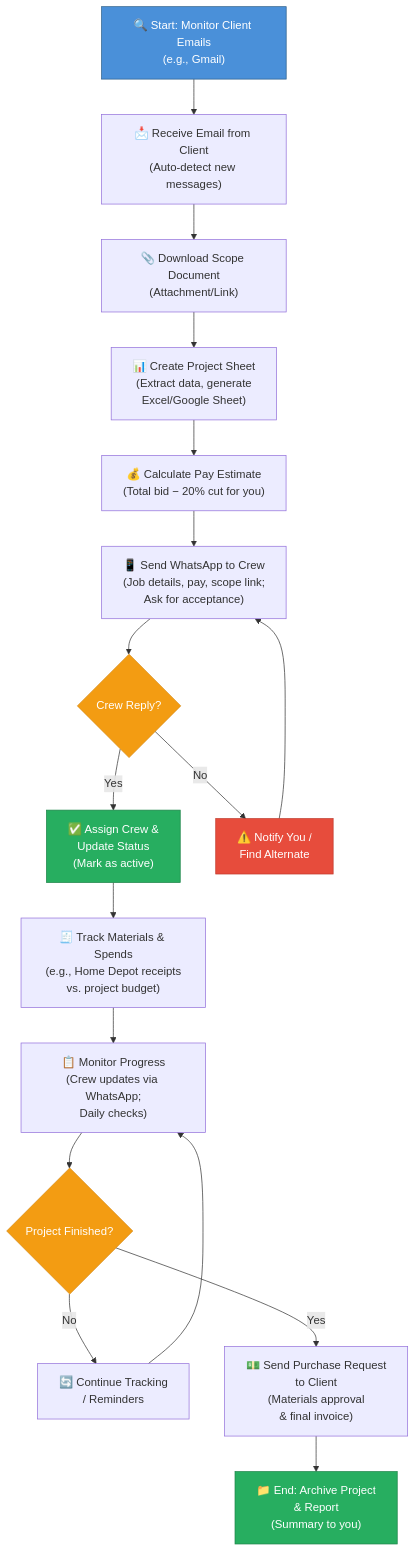
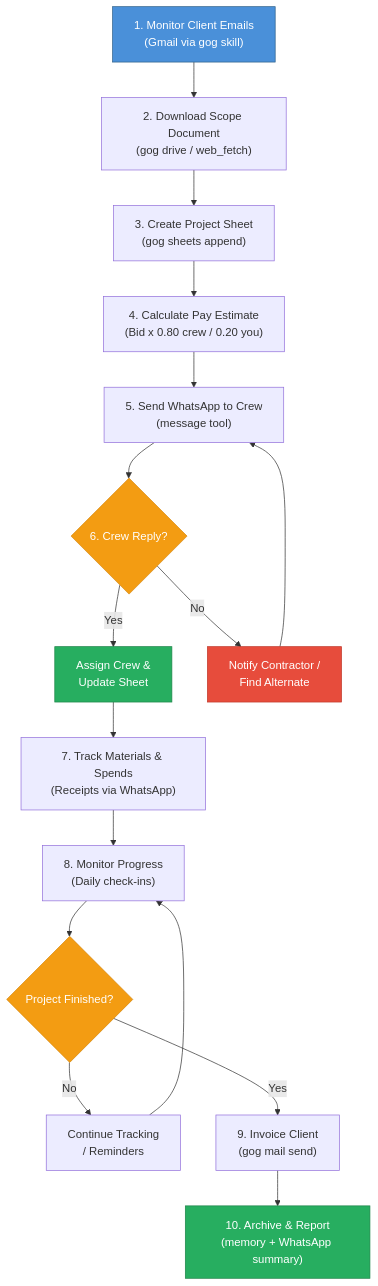
Before and after one commit to ryaneggz/contractor-workflow: the diagram in AGENTS.md, drawn with Mermaid. The commit also changed other lines of this file and 14 other files, not shown here.

````diff
--- a/AGENTS.md
+++ b/AGENTS.md
@@ -5,30 +12,29 @@
 ```mermaid
 flowchart TD
-    A["🔍 Start: Monitor Client Emails<br>(e.g., Gmail)"] --> B["📩 Receive Email from Client<br>(Auto-detect new messages)"]
-    B --> C["📎 Download Scope Document<br>(Attachment/Link)"]
-    C --> D["📊 Create Project Sheet<br>(Extract data, generate<br>Excel/Google Sheet)"]
-    D --> E["💰 Calculate Pay Estimate<br>(Total bid − 20% cut for you)"]
-    E --> F["📱 Send WhatsApp to Crew<br>(Job details, pay, scope link;<br>Ask for acceptance)"]
-    F --> G{"Crew Reply?"}
+    A["1. Monitor Client Emails<br>(Gmail via gog skill)"] --> B["2. Download Scope Document<br>(gog drive / web_fetch)"]
+    B --> C["3. Create Project Sheet<br>(gog sheets append)"]
+    C --> D["4. Calculate Pay Estimate<br>(Bid x 0.80 crew / 0.20 you)"]
+    D --> E["5. Send WhatsApp to Crew<br>(message tool)"]
+    E --> F{"6. Crew Reply?"}
 
-    G -- Yes --> H["✅ Assign Crew &<br>Update Status<br>(Mark as active)"]
-    G -- No --> I["⚠️ Notify You /<br>Find Alternate"]
-    I --> F
+    F -- Yes --> G["Assign Crew &<br>Update Sheet"]
+    F -- No --> H["Notify Contractor /<br>Find Alternate"]
+    H --> E
 
-    H --> J["🧾 Track Materials & Spends<br>(e.g., Home Depot receipts<br>vs. project budget)"]
-    J --> K["📋 Monitor Progress<br>(Crew updates via WhatsApp;<br>Daily checks)"]
-    K --> L{"Project Finished?"}
+    G --> I["7. Track Materials & Spends<br>(Receipts via WhatsApp)"]
+    I --> J["8. Monitor Progress<br>(Daily check-ins)"]
+    J --> K{"Project Finished?"}
 
-    L -- No --> M["🔄 Continue Tracking<br>/ Reminders"]
-    M --> K
-    L -- Yes --> N["💵 Send Purchase Request<br>to Client<br>(Materials approval<br>& final invoice)"]
+    K -- No --> L["Continue Tracking<br>/ Reminders"]
+    L --> J
+    K -- Yes --> M["9. Invoice Client<br>(gog mail send)"]
 
-    N --> O["📁 End: Archive Project<br>& Report<br>(Summary to you)"]
+    M --> N["10. Archive & Report<br>(memory + WhatsApp summary)"]
 
     style A fill:#4A90D9,color:#fff,stroke:#2C5F8A
-    style O fill:#27AE60,color:#fff,stroke:#1E8449
-    style G fill:#F39C12,color:#fff,stroke:#D68910
-    style L fill:#F39C12,color:#fff,stroke:#D68910
-    style I fill:#E74C3C,color:#fff,stroke:#C0392B
-    style H fill:#27AE60,color:#fff,stroke:#1E8449
+    style N fill:#27AE60,color:#fff,stroke:#1E8449
+    style F fill:#F39C12,color:#fff,stroke:#D68910
+    style K fill:#F39C12,color:#fff,stroke:#D68910
+    style H fill:#E74C3C,color:#fff,stroke:#C0392B
+    style G fill:#27AE60,color:#fff,stroke:#1E8449
 ```
````
